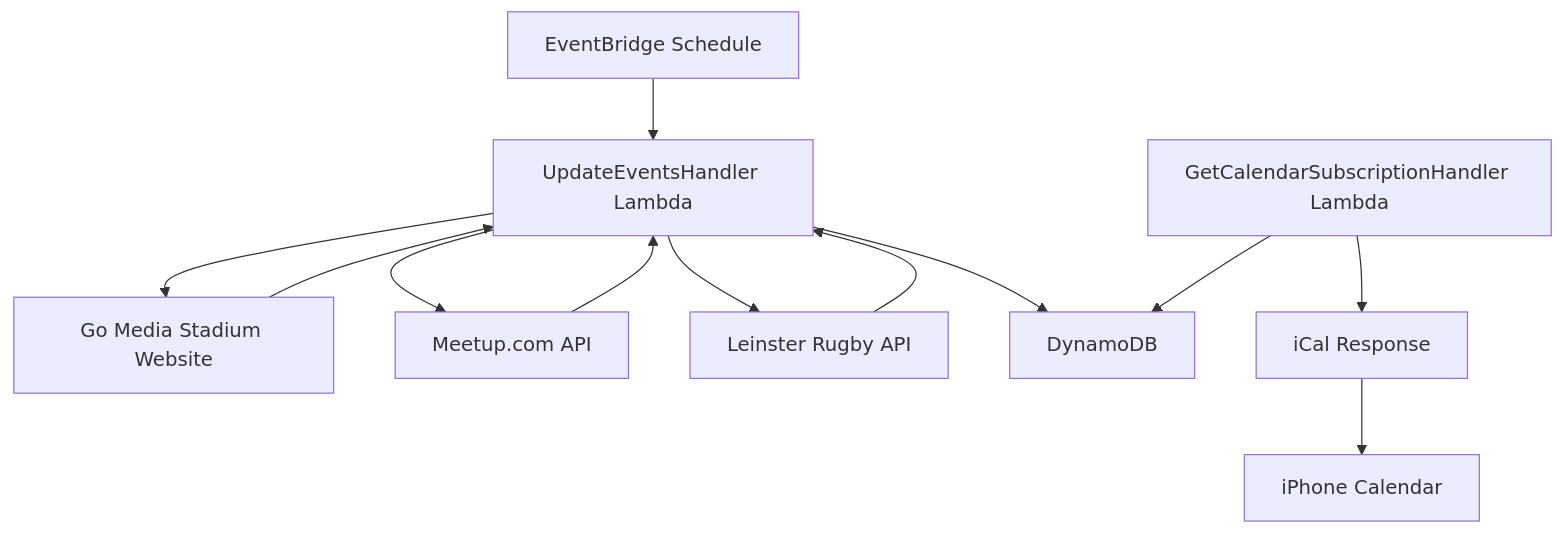
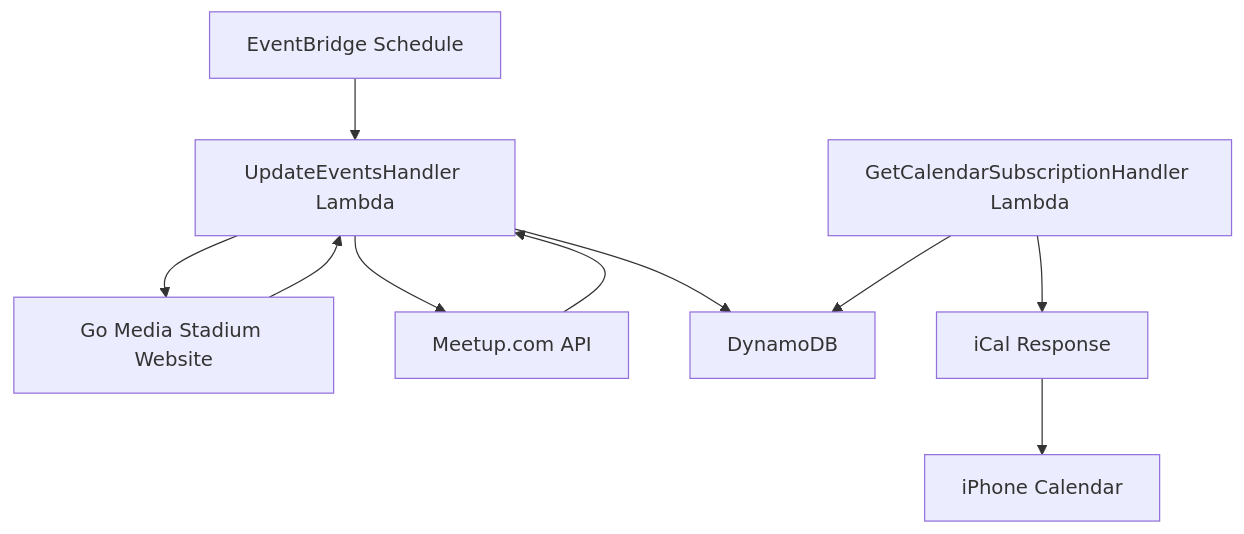
One commit to jordansimsmith/jordansimsmith-com changed the diagram in event_calendar_api/README.md. Above: the diagram before and after it, drawn with Mermaid. The commit also changed other lines of this file and 14 other files, not shown here.

Commit message:
Remove leinster rugby from event calendar

````diff
--- a/event_calendar_api/README.md
+++ b/event_calendar_api/README.md
@@ -7,14 +7,12 @@
 ```mermaid
 graph TD
   A[EventBridge Schedule] --> B[UpdateEventsHandler Lambda]
   B --> C[Go Media Stadium Website]
   C --> B
   B --> D[Meetup.com API]
   D --> B
-  B --> I[Leinster Rugby API]
-  I --> B
   B --> E[DynamoDB]
   F[GetCalendarSubscriptionHandler Lambda] --> E
   F --> G[iCal Response]
   G --> H[iPhone Calendar]
 ```
````
